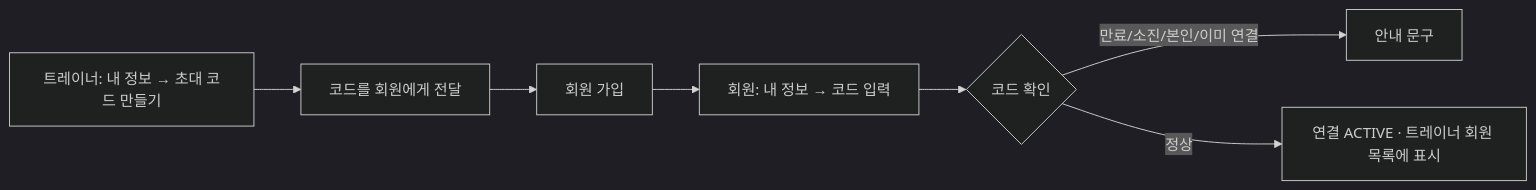
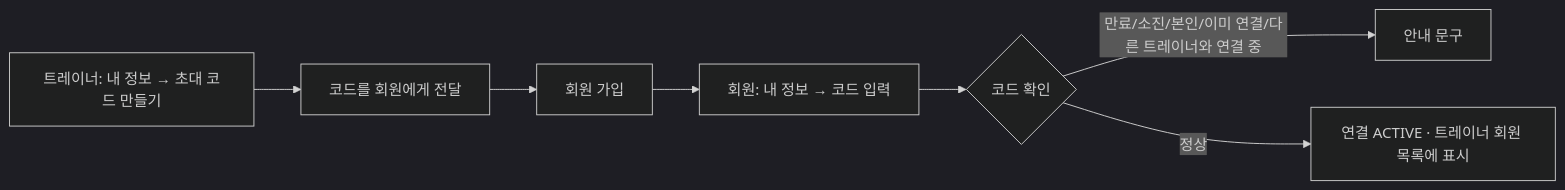
One commit to sudong1004/fitnote changed the third of 7 diagrams in docs/spec/03-screens-and-flows.md. Above: the diagram before and after it, drawn with Mermaid (dark theme). The commit also changed 9 other files, not shown here.

````diff
--- a/docs/spec/03-screens-and-flows.md
+++ b/docs/spec/03-screens-and-flows.md
@@ -136,9 +136,9 @@
 ```mermaid
 flowchart LR
   A[트레이너: 내 정보 → 초대 코드 만들기] --> B[코드를 회원에게 전달]
   B --> C[회원 가입]
   C --> D[회원: 내 정보 → 코드 입력]
   D --> E{코드 확인}
-  E -- 만료/소진/본인/이미 연결 --> F[안내 문구]
+  E -- 만료/소진/본인/이미 연결/다른 트레이너와 연결 중 --> F[안내 문구]
   E -- 정상 --> G[연결 ACTIVE · 트레이너 회원 목록에 표시]
 ```
````
